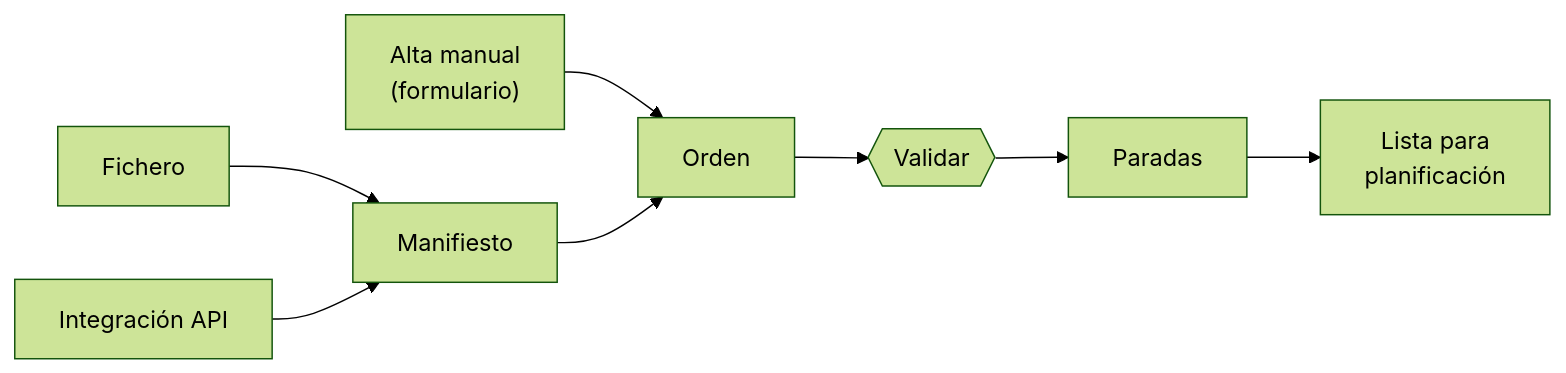
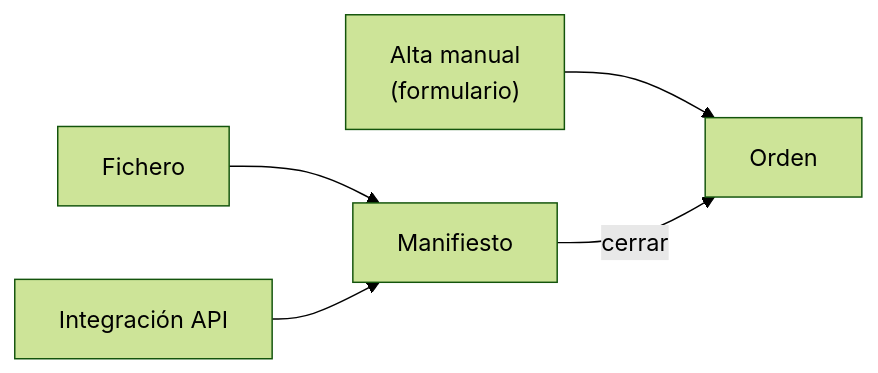
One commit to pacoborrego/guraify-tms-docs changed the diagram in source/17.0/5_operational-flows/5_1_order-creation.rst. Above: the diagram before and after it, drawn with Mermaid (forest theme). The commit also changed other lines of this file and 120 other files, not shown here.

```diff
--- a/source/17.0/5_operational-flows/5_1_order-creation.rst
+++ b/source/17.0/5_operational-flows/5_1_order-creation.rst
@@ -21,10 +17,7 @@
 .. mermaid::
 
    flowchart LR
        MAN["Alta manual<br/>(formulario)"] --> ORD["Orden"]
        FILE["Fichero"] --> MF["Manifiesto"]
        API["Integración API"] --> MF
-       MF --> ORD
-       ORD --> VAL{{"Validar"}}
-       VAL --> ST["Paradas"]
-       ST --> PLAN["Lista para<br/>planificación"]
+       MF -->|cerrar| ORD
```
